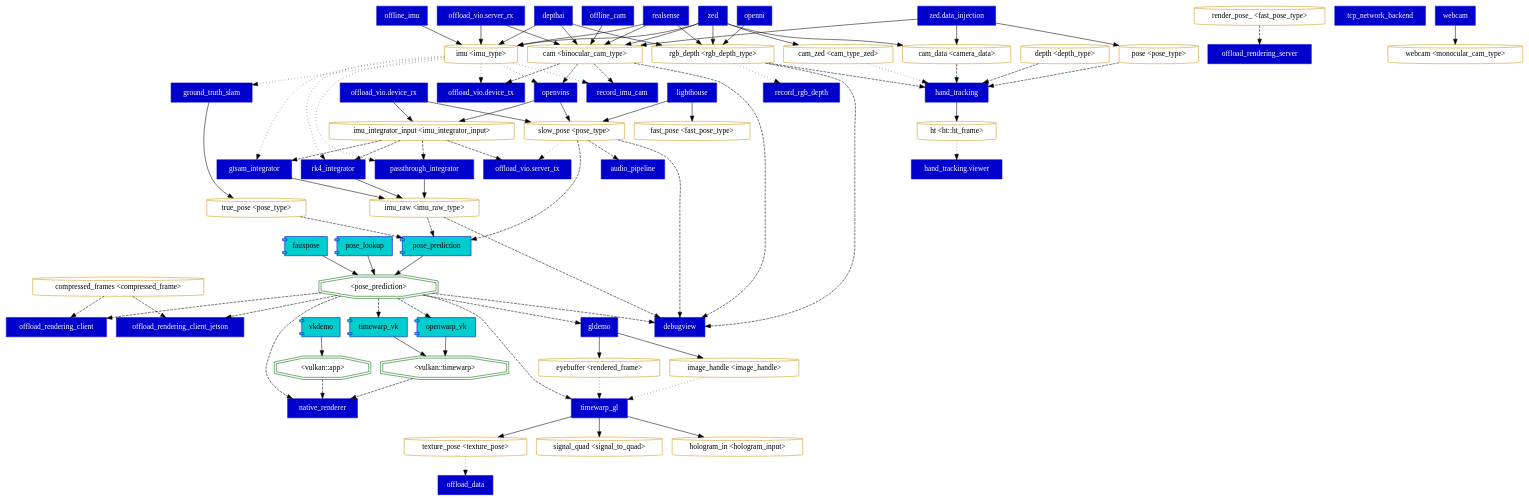
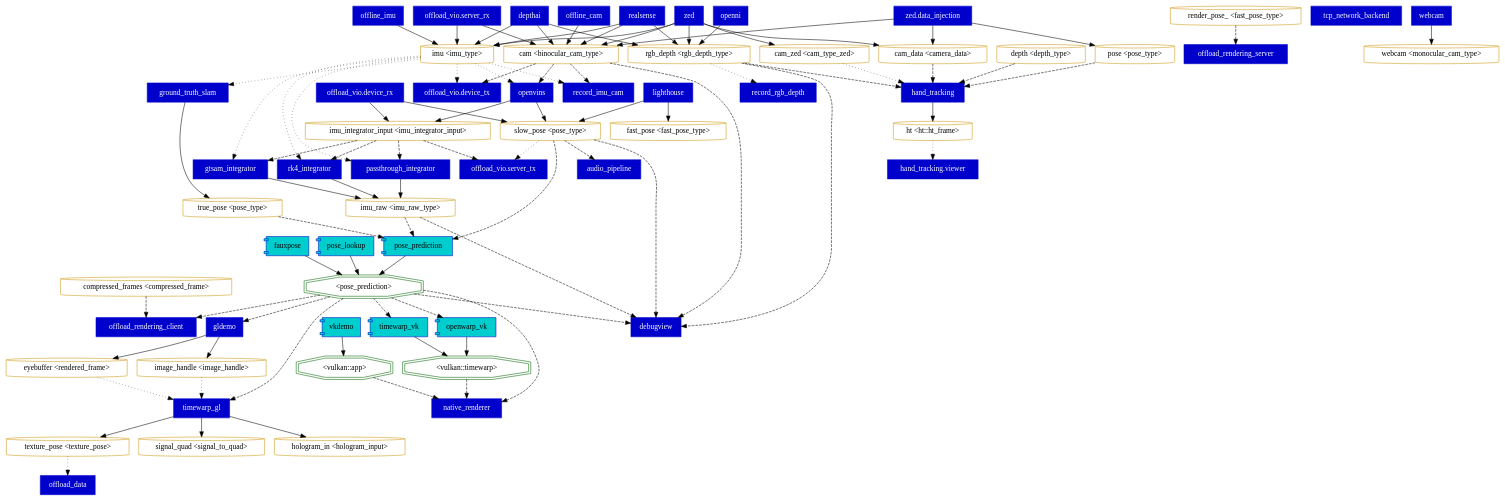
The diagram in docs/dataflow.dot (ILLIXR/ILLIXR), drawn with Graphviz before and after one commit. The commit also changed 3 other files, not shown here.

```diff
--- a/docs/dataflow.dot
+++ b/docs/dataflow.dot
@@ -1,163 +1,160 @@
 #!/usr/bin/env -S dot -O -Tpng
 strict digraph {
 // Plugins
   "pl_timewarp_vk" [label="timewarp_vk", shape="component", color="blue3", fillcolor="cyan3", style="filled"];
   "pl_openwarp_vk" [label="openwarp_vk", shape="component", color="blue3", fillcolor="cyan3", style="filled"];
   "pl_pose_lookup" [label="pose_lookup", shape="component", color="blue3", fillcolor="cyan3", style="filled"];
   "pl_pose_prediction" [label="pose_prediction", shape="component", color="blue3", fillcolor="cyan3", style="filled"];
   "pl_fauxpose" [label="fauxpose", shape="component", color="blue3", fillcolor="cyan3", style="filled"];
   "pl_vkdemo" [label="vkdemo", shape="component", color="blue3", fillcolor="cyan3", style="filled"];
   "pl_passthrough_integrator" [label="passthrough_integrator", shape="rect", color="blue3", fillcolor="blue3", style="filled", fontcolor="white"];
   "pl_offload_rendering_client" [label="offload_rendering_client", shape="rect", color="blue3", fillcolor="blue3", style="filled", fontcolor="white"];
   "pl_offload_rendering_server" [label="offload_rendering_server", shape="rect", color="blue3", fillcolor="blue3", style="filled", fontcolor="white"];
   "pl_realsense" [label="realsense", shape="rect", color="blue3", fillcolor="blue3", style="filled", fontcolor="white"];
   "pl_timewarp_gl" [label="timewarp_gl", shape="rect", color="blue3", fillcolor="blue3", style="filled", fontcolor="white"];
   "pl_depthai" [label="depthai", shape="rect", color="blue3", fillcolor="blue3", style="filled", fontcolor="white"];
   "pl_native_renderer" [label="native_renderer", shape="rect", color="blue3", fillcolor="blue3", style="filled", fontcolor="white"];
   "pl_record_rgb_depth" [label="record_rgb_depth", shape="rect", color="blue3", fillcolor="blue3", style="filled", fontcolor="white"];
   "pl_gldemo" [label="gldemo", shape="rect", color="blue3", fillcolor="blue3", style="filled", fontcolor="white"];
   "pl_lighthouse" [label="lighthouse", shape="rect", color="blue3", fillcolor="blue3", style="filled", fontcolor="white"];
   "pl_tcp_network_backend" [label="tcp_network_backend", shape="rect", color="blue3", fillcolor="blue3", style="filled", fontcolor="white"];
   "pl_gtsam_integrator" [label="gtsam_integrator", shape="rect", color="blue3", fillcolor="blue3", style="filled", fontcolor="white"];
   "pl_webcam" [label="webcam", shape="rect", color="blue3", fillcolor="blue3", style="filled", fontcolor="white"];
   "pl_openni" [label="openni", shape="rect", color="blue3", fillcolor="blue3", style="filled", fontcolor="white"];
   "pl_offline_cam" [label="offline_cam", shape="rect", color="blue3", fillcolor="blue3", style="filled", fontcolor="white"];
   "pl_debugview" [label="debugview", shape="rect", color="blue3", fillcolor="blue3", style="filled", fontcolor="white"];
   "pl_rk4_integrator" [label="rk4_integrator", shape="rect", color="blue3", fillcolor="blue3", style="filled", fontcolor="white"];
   "pl_ground_truth_slam" [label="ground_truth_slam", shape="rect", color="blue3", fillcolor="blue3", style="filled", fontcolor="white"];
   "pl_hand_tracking.viewer" [label="hand_tracking.viewer", shape="rect", color="blue3", fillcolor="blue3", style="filled", fontcolor="white"];
   "pl_zed" [label="zed", shape="rect", color="blue3", fillcolor="blue3", style="filled", fontcolor="white"];
   "pl_zed.data_injection" [label="zed.data_injection", shape="rect", color="blue3", fillcolor="blue3", style="filled", fontcolor="white"];
-  "pl_offload_rendering_client_jetson" [label="offload_rendering_client_jetson", shape="rect", color="blue3", fillcolor="blue3", style="filled", fontcolor="white"];
   "pl_offload_vio.server_tx" [label="offload_vio.server_tx", shape="rect", color="blue3", fillcolor="blue3", style="filled", fontcolor="white"];
   "pl_offload_vio.device_rx" [label="offload_vio.device_rx", shape="rect", color="blue3", fillcolor="blue3", style="filled", fontcolor="white"];
   "pl_offload_vio.server_rx" [label="offload_vio.server_rx", shape="rect", color="blue3", fillcolor="blue3", style="filled", fontcolor="white"];
   "pl_offload_vio.device_tx" [label="offload_vio.device_tx", shape="rect", color="blue3", fillcolor="blue3", style="filled", fontcolor="white"];
   "pl_offload_data" [label="offload_data", shape="rect", color="blue3", fillcolor="blue3", style="filled", fontcolor="white"];
   "pl_record_imu_cam" [label="record_imu_cam", shape="rect", color="blue3", fillcolor="blue3", style="filled", fontcolor="white"];
   "pl_offline_imu" [label="offline_imu", shape="rect", color="blue3", fillcolor="blue3", style="filled", fontcolor="white"];
   "pl_audio_pipeline" [label="audio_pipeline", shape="rect", color="blue3", fillcolor="blue3", style="filled", fontcolor="white"];
   "pl_openvins" [label="openvins", shape="rect", color="blue3", fillcolor="blue3", style="filled", fontcolor="white"];
   "pl_hand_tracking" [label="hand_tracking", shape="rect", color="blue3", fillcolor="blue3", style="filled", fontcolor="white"];
 
 // Lookups
   "t_pose_prediction" [label="<pose_prediction>", shape="doubleoctagon", color="darkgreen"];
   "t_vulkan::timewarp" [label="<vulkan::timewarp>", shape="doubleoctagon", color="darkgreen"];
   "t_vulkan::app" [label="<vulkan::app>", shape="doubleoctagon", color="darkgreen"];
 
 // Topics
   "t_imu_integrator_input_<imu_integrator_input>" [label="imu_integrator_input <imu_integrator_input>", shape="cylinder", color="darkgoldenrod3"];
   "t_imu_raw_<imu_raw_type>" [label="imu_raw <imu_raw_type>", shape="cylinder", color="darkgoldenrod3"];
   "t_imu_<imu_type>" [label="imu <imu_type>", shape="cylinder", color="darkgoldenrod3"];
   "t_compressed_frames_<compressed_frame>" [label="compressed_frames <compressed_frame>", shape="cylinder", color="darkgoldenrod3"];
   "t_render_pose__<fast_pose_type>" [label="render_pose_ <fast_pose_type>", shape="cylinder", color="darkgoldenrod3"];
   "t_cam_<binocular_cam_type>" [label="cam <binocular_cam_type>", shape="cylinder", color="darkgoldenrod3"];
   "t_rgb_depth_<rgb_depth_type>" [label="rgb_depth <rgb_depth_type>", shape="cylinder", color="darkgoldenrod3"];
   "t_eyebuffer_<rendered_frame>" [label="eyebuffer <rendered_frame>", shape="cylinder", color="darkgoldenrod3"];
   "t_texture_pose_<texture_pose>" [label="texture_pose <texture_pose>", shape="cylinder", color="darkgoldenrod3"];
   "t_signal_quad_<signal_to_quad>" [label="signal_quad <signal_to_quad>", shape="cylinder", color="darkgoldenrod3"];
   "t_hologram_in_<hologram_input>" [label="hologram_in <hologram_input>", shape="cylinder", color="darkgoldenrod3"];
   "t_image_handle_<image_handle>" [label="image_handle <image_handle>", shape="cylinder", color="darkgoldenrod3"];
   "t_slow_pose_<pose_type>" [label="slow_pose <pose_type>", shape="cylinder", color="darkgoldenrod3"];
   "t_fast_pose_<fast_pose_type>" [label="fast_pose <fast_pose_type>", shape="cylinder", color="darkgoldenrod3"];
   "t_webcam_<monocular_cam_type>" [label="webcam <monocular_cam_type>", shape="cylinder", color="darkgoldenrod3"];
   "t_true_pose_<pose_type>" [label="true_pose <pose_type>", shape="cylinder", color="darkgoldenrod3"];
   "t_ht_<ht::ht_frame>" [label="ht <ht::ht_frame>", shape="cylinder", color="darkgoldenrod3"];
   "t_cam_zed_<cam_type_zed>" [label="cam_zed <cam_type_zed>", shape="cylinder", color="darkgoldenrod3"];
   "t_cam_data_<camera_data>" [label="cam_data <camera_data>", shape="cylinder", color="darkgoldenrod3"];
   "t_pose_<pose_type>" [label="pose <pose_type>", shape="cylinder", color="darkgoldenrod3"];
   "t_depth_<depth_type>" [label="depth <depth_type>", shape="cylinder", color="darkgoldenrod3"];
 
 // Readers
   "t_slow_pose_<pose_type>" -> "pl_audio_pipeline" [style="dashed"];
   "t_pose_prediction" -> "pl_debugview" [style="dashed"];
   "t_cam_<binocular_cam_type>" -> "pl_debugview" [style="dashed"];
   "t_imu_raw_<imu_raw_type>" -> "pl_debugview" [style="dashed"];
   "t_rgb_depth_<rgb_depth_type>" -> "pl_debugview" [style="dashed"];
   "t_slow_pose_<pose_type>" -> "pl_debugview" [style="dashed"];
   "t_pose_prediction" -> "pl_gldemo" [style="dashed"];
   "t_imu_<imu_type>" -> "pl_ground_truth_slam" [style="dotted"];
   "t_imu_integrator_input_<imu_integrator_input>" -> "pl_gtsam_integrator" [style="dashed"];
   "t_imu_<imu_type>" -> "pl_gtsam_integrator" [style="dotted"];
   "t_cam_data_<camera_data>" -> "pl_hand_tracking" [style="dashed"];
   "t_depth_<depth_type>" -> "pl_hand_tracking" [style="dashed"];
   "t_pose_<pose_type>" -> "pl_hand_tracking" [style="dashed"];
   "t_rgb_depth_<rgb_depth_type>" -> "pl_hand_tracking" [style="dashed"];
   "t_cam_zed_<cam_type_zed>" -> "pl_hand_tracking" [style="dotted"];
   "t_ht_<ht::ht_frame>" -> "pl_hand_tracking.viewer" [style="dotted"];
   "t_pose_prediction" -> "pl_native_renderer" [style="dashed"];
   "t_vulkan::app" -> "pl_native_renderer" [style="dashed"];
   "t_vulkan::timewarp" -> "pl_native_renderer" [style="dashed"];
   "t_texture_pose_<texture_pose>" -> "pl_offload_data" [style="dotted"];
   "t_pose_prediction" -> "pl_offload_rendering_client" [style="dashed"];
   "t_compressed_frames_<compressed_frame>" -> "pl_offload_rendering_client" [style="dashed"];
-  "t_pose_prediction" -> "pl_offload_rendering_client_jetson" [style="dashed"];
-  "t_compressed_frames_<compressed_frame>" -> "pl_offload_rendering_client_jetson" [style="dashed"];
   "t_render_pose__<fast_pose_type>" -> "pl_offload_rendering_server" [style="dashed"];
   "t_cam_<binocular_cam_type>" -> "pl_offload_vio.device_tx" [style="dashed"];
   "t_imu_<imu_type>" -> "pl_offload_vio.device_tx" [style="dotted"];
   "t_imu_integrator_input_<imu_integrator_input>" -> "pl_offload_vio.server_tx" [style="dashed"];
   "t_slow_pose_<pose_type>" -> "pl_offload_vio.server_tx" [style="dotted"];
   "t_cam_<binocular_cam_type>" -> "pl_openvins" [style="dashed"];
   "t_imu_<imu_type>" -> "pl_openvins" [style="dotted"];
   "t_pose_prediction" -> "pl_openwarp_vk" [style="dashed"];
   "t_imu_integrator_input_<imu_integrator_input>" -> "pl_passthrough_integrator" [style="dashed"];
   "t_imu_<imu_type>" -> "pl_passthrough_integrator" [style="dotted"];
   "t_imu_raw_<imu_raw_type>" -> "pl_pose_prediction" [style="dashed"];
   "t_slow_pose_<pose_type>" -> "pl_pose_prediction" [style="dashed"];
   "t_true_pose_<pose_type>" -> "pl_pose_prediction" [style="dashed"];
   "t_cam_<binocular_cam_type>" -> "pl_record_imu_cam" [style="dashed"];
   "t_imu_<imu_type>" -> "pl_record_imu_cam" [style="dotted"];
   "t_rgb_depth_<rgb_depth_type>" -> "pl_record_rgb_depth" [style="dotted"];
   "t_imu_integrator_input_<imu_integrator_input>" -> "pl_rk4_integrator" [style="dashed"];
   "t_imu_<imu_type>" -> "pl_rk4_integrator" [style="dotted"];
   "t_pose_prediction" -> "pl_timewarp_gl" [style="dashed"];
   "t_eyebuffer_<rendered_frame>" -> "pl_timewarp_gl" [style="dashed"];
   "t_eyebuffer_<rendered_frame>" -> "pl_timewarp_gl" [style="dotted"];
   "t_image_handle_<image_handle>" -> "pl_timewarp_gl" [style="dotted"];
   "t_pose_prediction" -> "pl_timewarp_vk" [style="dashed"];
 
 // Writers
   "pl_openvins" -> "t_imu_integrator_input_<imu_integrator_input>" [style="solid"];
   "pl_offload_vio.device_rx" -> "t_imu_integrator_input_<imu_integrator_input>" [style="solid"];
   "pl_gtsam_integrator" -> "t_imu_raw_<imu_raw_type>" [style="solid"];
   "pl_passthrough_integrator" -> "t_imu_raw_<imu_raw_type>" [style="solid"];
   "pl_rk4_integrator" -> "t_imu_raw_<imu_raw_type>" [style="solid"];
   "pl_realsense" -> "t_imu_<imu_type>" [style="solid"];
   "pl_zed" -> "t_imu_<imu_type>" [style="solid"];
   "pl_offload_vio.server_rx" -> "t_imu_<imu_type>" [style="solid"];
   "pl_offline_imu" -> "t_imu_<imu_type>" [style="solid"];
   "pl_depthai" -> "t_imu_<imu_type>" [style="solid"];
   "pl_offline_cam" -> "t_cam_<binocular_cam_type>" [style="solid"];
   "pl_zed.data_injection" -> "t_cam_<binocular_cam_type>" [style="solid"];
   "pl_realsense" -> "t_cam_<binocular_cam_type>" [style="solid"];
   "pl_zed" -> "t_cam_<binocular_cam_type>" [style="solid"];
   "pl_offload_vio.server_rx" -> "t_cam_<binocular_cam_type>" [style="solid"];
   "pl_depthai" -> "t_cam_<binocular_cam_type>" [style="solid"];
   "pl_realsense" -> "t_rgb_depth_<rgb_depth_type>" [style="solid"];
   "pl_openni" -> "t_rgb_depth_<rgb_depth_type>" [style="solid"];
   "pl_depthai" -> "t_rgb_depth_<rgb_depth_type>" [style="solid"];
   "pl_zed" -> "t_rgb_depth_<rgb_depth_type>" [style="solid"];
   "pl_gldemo" -> "t_eyebuffer_<rendered_frame>" [style="solid"];
   "pl_timewarp_gl" -> "t_texture_pose_<texture_pose>" [style="solid"];
   "pl_timewarp_gl" -> "t_signal_quad_<signal_to_quad>" [style="solid"];
   "pl_timewarp_gl" -> "t_hologram_in_<hologram_input>" [style="solid"];
   "pl_gldemo" -> "t_image_handle_<image_handle>" [style="solid"];
   "pl_openvins" -> "t_slow_pose_<pose_type>" [style="solid"];
   "pl_offload_vio.device_rx" -> "t_slow_pose_<pose_type>" [style="solid"];
   "pl_lighthouse" -> "t_slow_pose_<pose_type>" [style="solid"];
   "pl_lighthouse" -> "t_fast_pose_<fast_pose_type>" [style="solid"];
   "pl_webcam" -> "t_webcam_<monocular_cam_type>" [style="solid"];
   "pl_ground_truth_slam" -> "t_true_pose_<pose_type>" [style="solid"];
   "pl_hand_tracking" -> "t_ht_<ht::ht_frame>" [style="solid"];
   "pl_zed" -> "t_cam_zed_<cam_type_zed>" [style="solid"];
   "pl_zed" -> "t_cam_data_<camera_data>" [style="solid"];
   "pl_zed.data_injection" -> "t_cam_data_<camera_data>" [style="solid"];
   "pl_zed.data_injection" -> "t_pose_<pose_type>" [style="solid"];
   "pl_pose_lookup" -> "t_pose_prediction" [style="solid"];
   "pl_pose_prediction" -> "t_pose_prediction" [style="solid"];
   "pl_fauxpose" -> "t_pose_prediction" [style="solid"];
   "pl_vkdemo" -> "t_vulkan::app" [style="solid"];
   "pl_openwarp_vk" -> "t_vulkan::timewarp" [style="solid"];
   "pl_timewarp_vk" -> "t_vulkan::timewarp" [style="solid"];
 }
```
